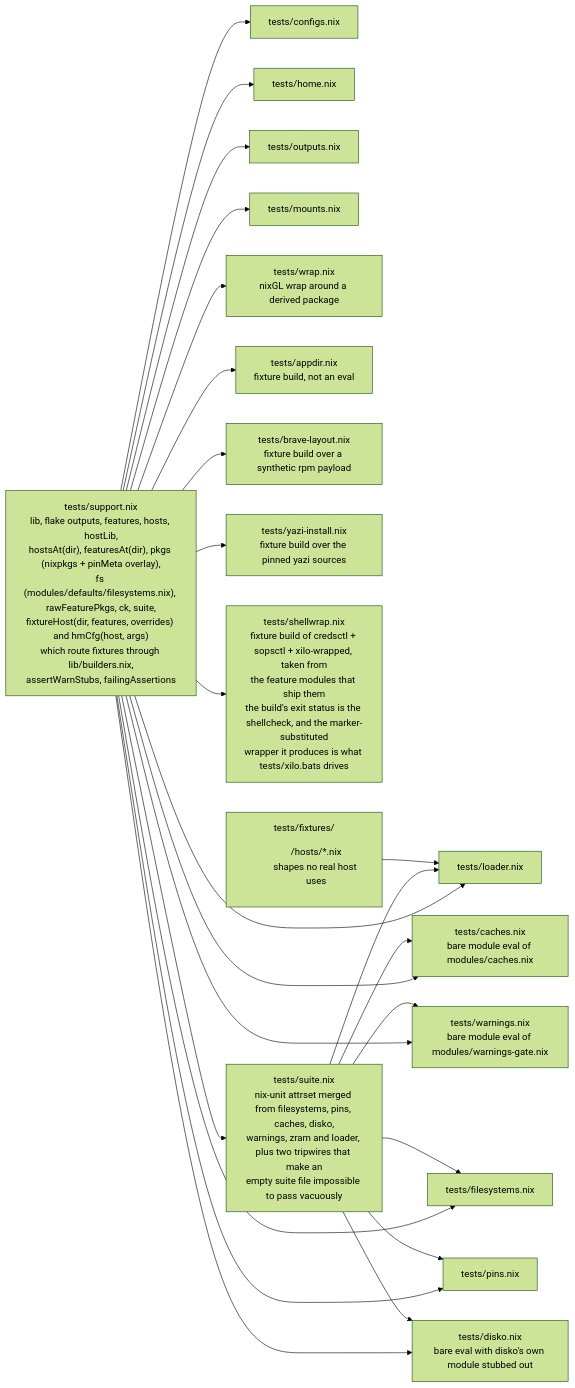
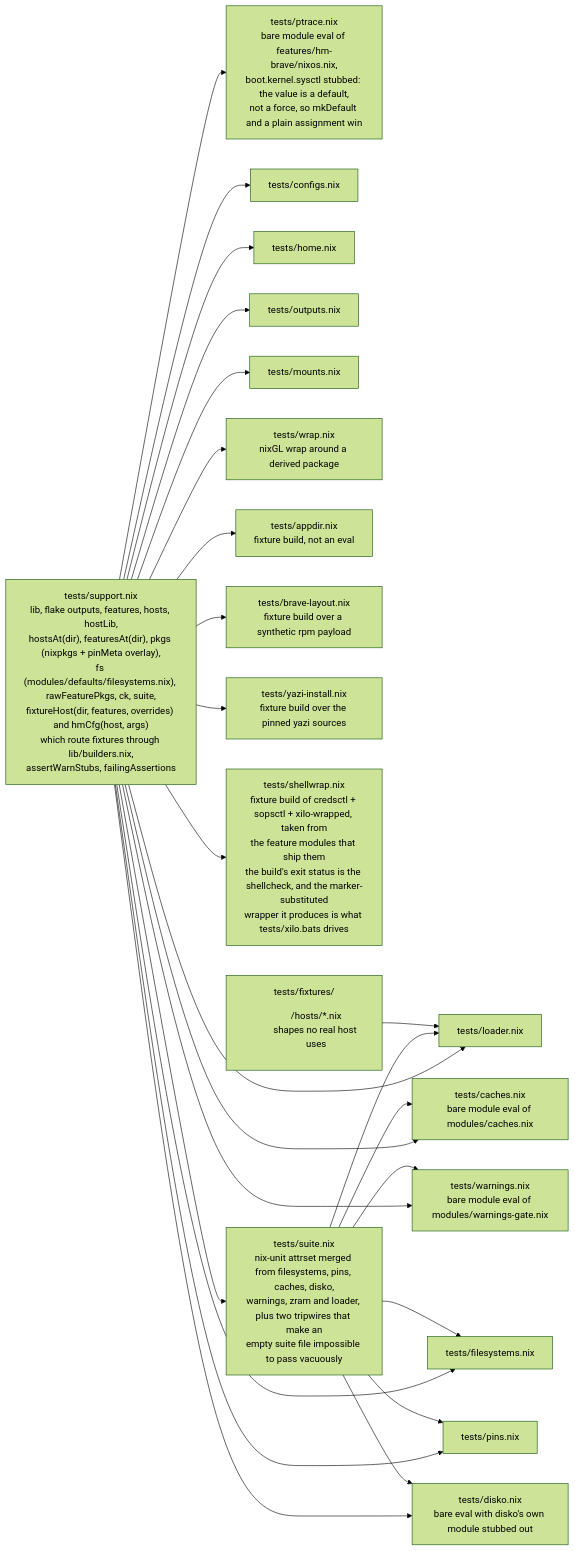
The second of 5 diagrams in TEST_DESIGN.md (WombatFromHell/automatic-palm-tree), drawn with Mermaid (forest theme) before and after one commit. The commit also changed 6 other files, not shown here.

Commit message:
brave hardens kernel.yama.ptrace_scope on NixOS, hints on standalone hosts

````diff
--- a/TEST_DESIGN.md
+++ b/TEST_DESIGN.md
@@ -174,26 +174,27 @@
 ```mermaid
 flowchart LR
   S["tests/support.nix<br/>lib, flake outputs, features, hosts, hostLib,<br/>hostsAt(dir), featuresAt(dir), pkgs (nixpkgs + pinMeta overlay),<br/>fs (modules/defaults/filesystems.nix), rawFeaturePkgs, ck, suite,<br/>fixtureHost(dir, features, overrides) and hmCfg(host, args)<br/>which route fixtures through lib/builders.nix,<br/>assertWarnStubs, failingAssertions"] --> L["tests/loader.nix"]
   S --> CA["tests/caches.nix<br/>bare module eval of modules/caches.nix"]
   S --> WA["tests/warnings.nix<br/>bare module eval of modules/warnings-gate.nix"]
+  S --> PT["tests/ptrace.nix<br/>bare module eval of features/hm-brave/nixos.nix,<br/>boot.kernel.sysctl stubbed: the value is a default,<br/>not a force, so mkDefault and a plain assignment win"]
   S --> C["tests/configs.nix"]
   S --> H["tests/home.nix"]
   S --> O["tests/outputs.nix"]
   S --> F["tests/filesystems.nix"]
   S --> M["tests/mounts.nix"]
   S --> PI["tests/pins.nix"]
   S --> WR["tests/wrap.nix<br/>nixGL wrap around a derived package"]
   S --> AP["tests/appdir.nix<br/>fixture build, not an eval"]
   S --> BL["tests/brave-layout.nix<br/>fixture build over a synthetic rpm payload"]
   S --> YZ["tests/yazi-install.nix<br/>fixture build over the pinned yazi sources"]
   S --> SW["tests/shellwrap.nix<br/>fixture build of credsctl + sopsctl + xilo-wrapped, taken from<br/>the feature modules that ship them<br/>the build's exit status is the shellcheck, and the marker-substituted<br/>wrapper it produces is what tests/xilo.bats drives"]
   S --> DK["tests/disko.nix<br/>bare eval with disko's own module stubbed out"]
   S --> SU["tests/suite.nix<br/>nix-unit attrset merged from filesystems, pins, caches, disko,<br/>warnings, zram and loader, plus two tripwires that make an<br/>empty suite file impossible to pass vacuously"]
   SU --> L
   SU --> CA
   SU --> WA
   SU --> F
   SU --> PI
   SU --> DK
   FX["tests/fixtures/<dir>/hosts/*.nix<br/>shapes no real host uses"] --> L
 ```
````
